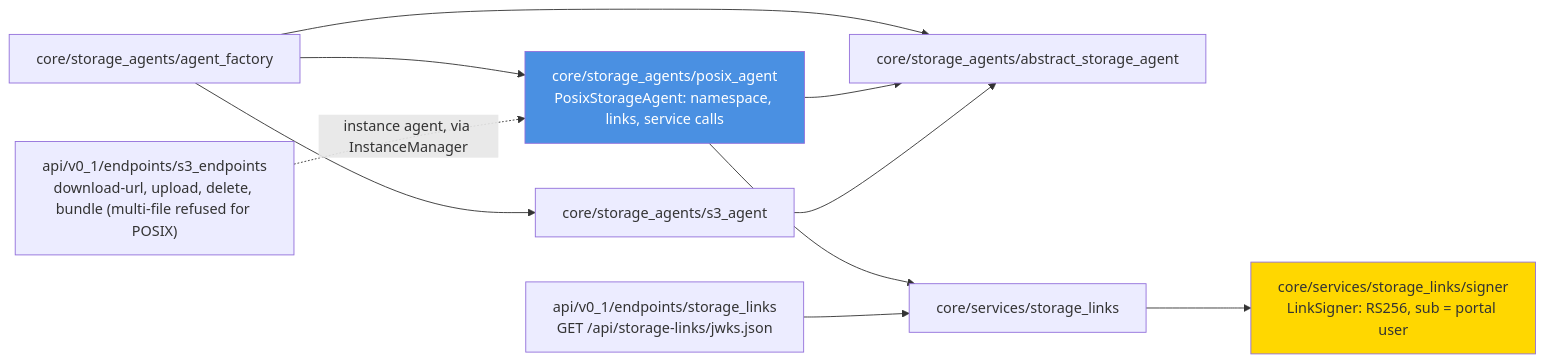
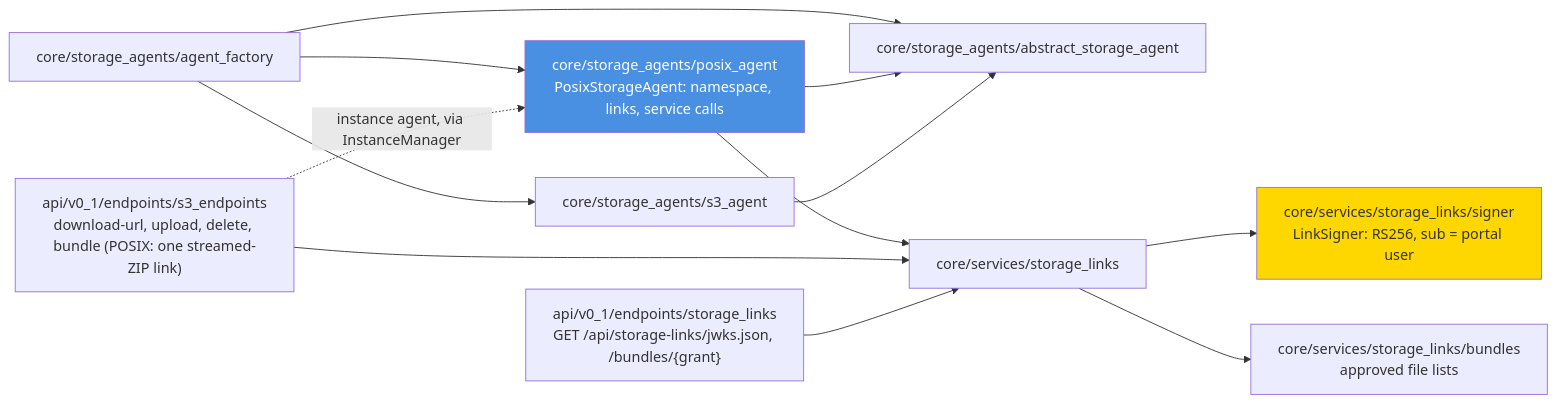
One commit to pmahon3/Data-Portal changed the third of 3 diagrams in docs/diagrams/posix-components.md. Above: the diagram before and after it, drawn with Mermaid. The commit also changed other lines of this file and 20 other files, not shown here.

First line of the commit message:
feat(posix): the file service streams several files as one ZIP, resumable (PX-13, PX-14)

````diff
--- a/docs/diagrams/posix-components.md
+++ b/docs/diagrams/posix-components.md
@@ -115,26 +117,29 @@
 ```mermaid
 %% check: backend-posix-modules
 flowchart LR
-    s3_endpoints["api/v0_1/endpoints/s3_endpoints<br/>download-url, upload, delete, bundle (multi-file refused for POSIX)"]
-    storage_links_endpoint["api/v0_1/endpoints/storage_links<br/>GET /api/storage-links/jwks.json"]
+    s3_endpoints["api/v0_1/endpoints/s3_endpoints<br/>download-url, upload, delete, bundle (POSIX: one streamed-ZIP link)"]
+    storage_links_endpoint["api/v0_1/endpoints/storage_links<br/>GET /api/storage-links/jwks.json, /bundles/{grant}"]
     agent_factory["core/storage_agents/agent_factory"]
     abstract_storage_agent["core/storage_agents/abstract_storage_agent"]
     posix_agent["core/storage_agents/posix_agent<br/>PosixStorageAgent: namespace, links, service calls"]
     s3_agent["core/storage_agents/s3_agent"]
     storage_links["core/services/storage_links"]
     signer["core/services/storage_links/signer<br/>LinkSigner: RS256, sub = portal user"]
+    bundles["core/services/storage_links/bundles<br/>approved file lists"]
 
     agent_factory --> abstract_storage_agent
     agent_factory --> posix_agent
     agent_factory --> s3_agent
     posix_agent --> abstract_storage_agent
     posix_agent --> storage_links
     s3_agent --> abstract_storage_agent
     storage_links --> signer
+    storage_links --> bundles
+    s3_endpoints --> storage_links
     storage_links_endpoint --> storage_links
 
     s3_endpoints -. "instance agent, via InstanceManager" .-> posix_agent
 
     style posix_agent fill:#4A90E2,color:#fff
     style signer fill:#FFD700
 ```
````
